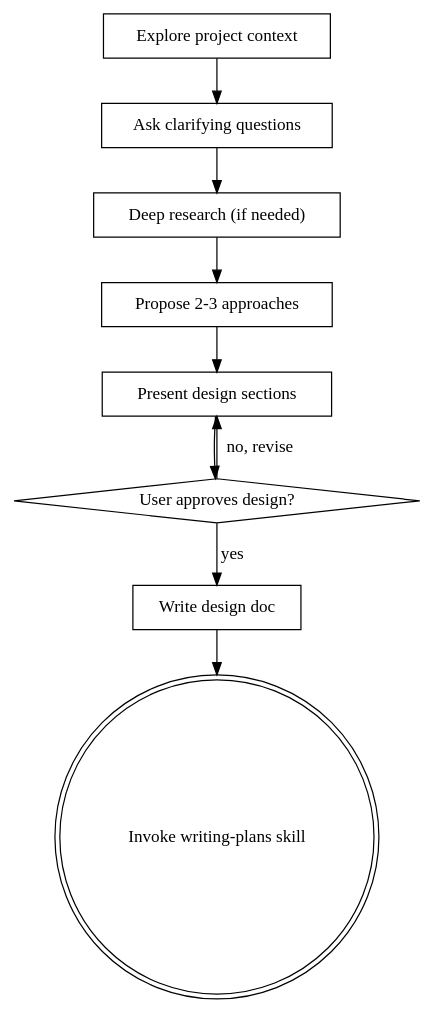
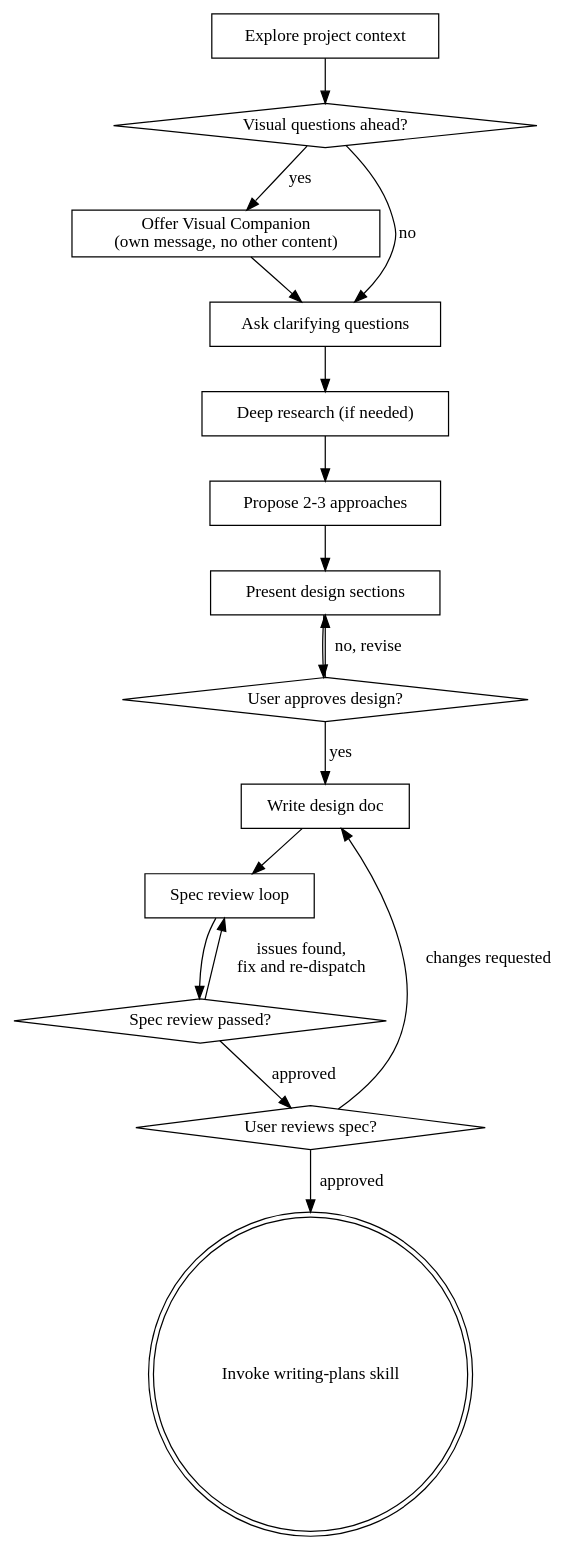
The diagram in skills/brainstorming/SKILL.md (yunboom/my-superpowers), drawn with Graphviz before and after one commit. The commit also changed other lines of this file, not shown here.

Commit message:
sync(upstream): merge brainstorming SKILL.md — add visual companion, spec review loop, architecture guidance

````diff
--- a/skills/brainstorming/SKILL.md
+++ b/skills/brainstorming/SKILL.md
@@ -36,21 +39,34 @@
 ```dot
 digraph brainstorming {
     "Explore project context" [shape=box];
+    "Visual questions ahead?" [shape=diamond];
+    "Offer Visual Companion\n(own message, no other content)" [shape=box];
     "Ask clarifying questions" [shape=box];
     "Deep research (if needed)" [shape=box];
     "Propose 2-3 approaches" [shape=box];
     "Present design sections" [shape=box];
     "User approves design?" [shape=diamond];
     "Write design doc" [shape=box];
+    "Spec review loop" [shape=box];
+    "Spec review passed?" [shape=diamond];
+    "User reviews spec?" [shape=diamond];
     "Invoke writing-plans skill" [shape=doublecircle];
 
-    "Explore project context" -> "Ask clarifying questions";
+    "Explore project context" -> "Visual questions ahead?";
+    "Visual questions ahead?" -> "Offer Visual Companion\n(own message, no other content)" [label="yes"];
+    "Visual questions ahead?" -> "Ask clarifying questions" [label="no"];
+    "Offer Visual Companion\n(own message, no other content)" -> "Ask clarifying questions";
     "Ask clarifying questions" -> "Deep research (if needed)";
     "Deep research (if needed)" -> "Propose 2-3 approaches";
     "Propose 2-3 approaches" -> "Present design sections";
     "Present design sections" -> "User approves design?";
     "User approves design?" -> "Present design sections" [label="no, revise"];
     "User approves design?" -> "Write design doc" [label="yes"];
-    "Write design doc" -> "Invoke writing-plans skill";
+    "Write design doc" -> "Spec review loop";
+    "Spec review loop" -> "Spec review passed?";
+    "Spec review passed?" -> "Spec review loop" [label="issues found,\nfix and re-dispatch"];
+    "Spec review passed?" -> "User reviews spec?" [label="approved"];
+    "User reviews spec?" -> "Write design doc" [label="changes requested"];
+    "User reviews spec?" -> "Invoke writing-plans skill" [label="approved"];
 }
 ```
````
